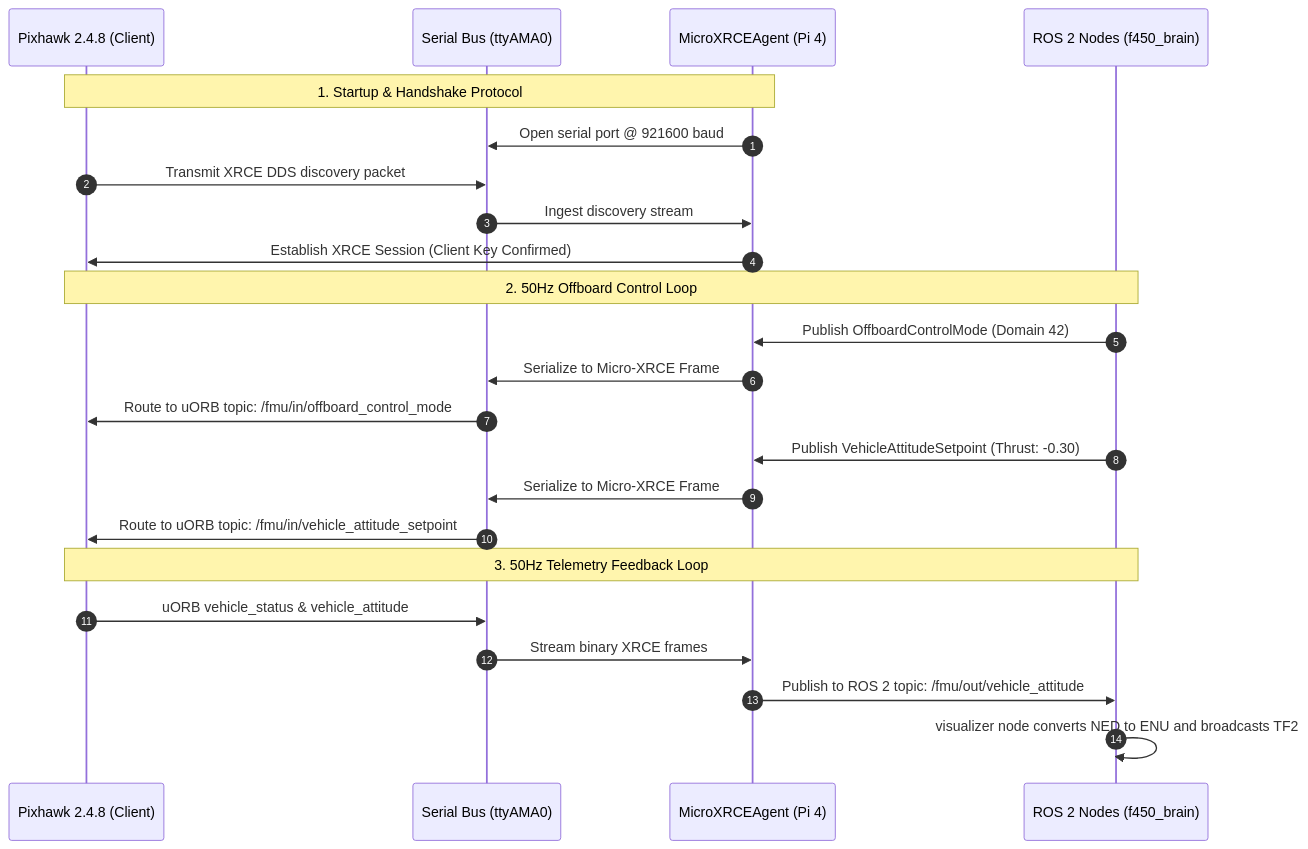
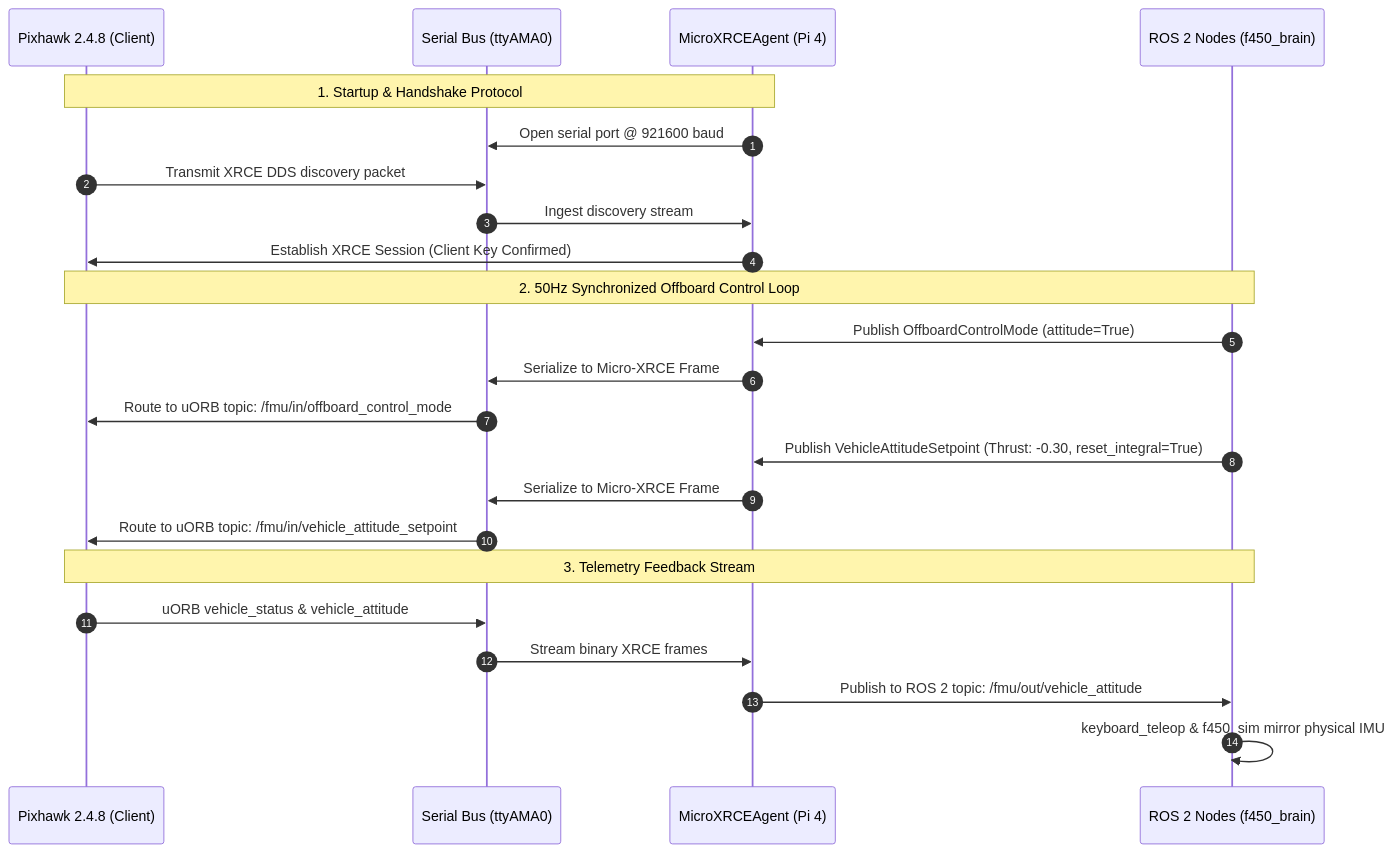
Before and after one commit to namanharshwal/px-2.4.8_drone_ros2_humble: the second of 2 diagrams in README.md, drawn with Mermaid. The commit also changed other lines of this file, not shown here.

Commit message:
docs(readme): add comprehensive master guide covering 3D simulation, interactive teleop, and synchronized arming

````diff
--- a/README.md
+++ b/README.md
@@ -266,29 +252,29 @@
 ```mermaid
 sequenceDiagram
     autonumber
     participant PX4 as Pixhawk 2.4.8 (Client)
     participant UART as Serial Bus (ttyAMA0)
     participant AGENT as MicroXRCEAgent (Pi 4)
     participant ROS as ROS 2 Nodes (f450_brain)
 
     Note over PX4,AGENT: 1. Startup & Handshake Protocol
     AGENT->>UART: Open serial port @ 921600 baud
     PX4->>UART: Transmit XRCE DDS discovery packet
     UART->>AGENT: Ingest discovery stream
     AGENT->>PX4: Establish XRCE Session (Client Key Confirmed)
 
-    Note over PX4,ROS: 2. 50Hz Offboard Control Loop
-    ROS->>AGENT: Publish OffboardControlMode (Domain 42)
+    Note over PX4,ROS: 2. 50Hz Synchronized Offboard Control Loop
+    ROS->>AGENT: Publish OffboardControlMode (attitude=True)
     AGENT->>UART: Serialize to Micro-XRCE Frame
     UART->>PX4: Route to uORB topic: /fmu/in/offboard_control_mode
 
-    ROS->>AGENT: Publish VehicleAttitudeSetpoint (Thrust: -0.30)
+    ROS->>AGENT: Publish VehicleAttitudeSetpoint (Thrust: -0.30, reset_integral=True)
     AGENT->>UART: Serialize to Micro-XRCE Frame
     UART->>PX4: Route to uORB topic: /fmu/in/vehicle_attitude_setpoint
 
-    Note over PX4,ROS: 3. 50Hz Telemetry Feedback Loop
+    Note over PX4,ROS: 3. Telemetry Feedback Stream
     PX4->>UART: uORB vehicle_status & vehicle_attitude
     UART->>AGENT: Stream binary XRCE frames
     AGENT->>ROS: Publish to ROS 2 topic: /fmu/out/vehicle_attitude
-    ROS->>ROS: visualizer node converts NED to ENU and broadcasts TF2
+    ROS->>ROS: keyboard_teleop & f450_sim mirror physical IMU
 ```
````
